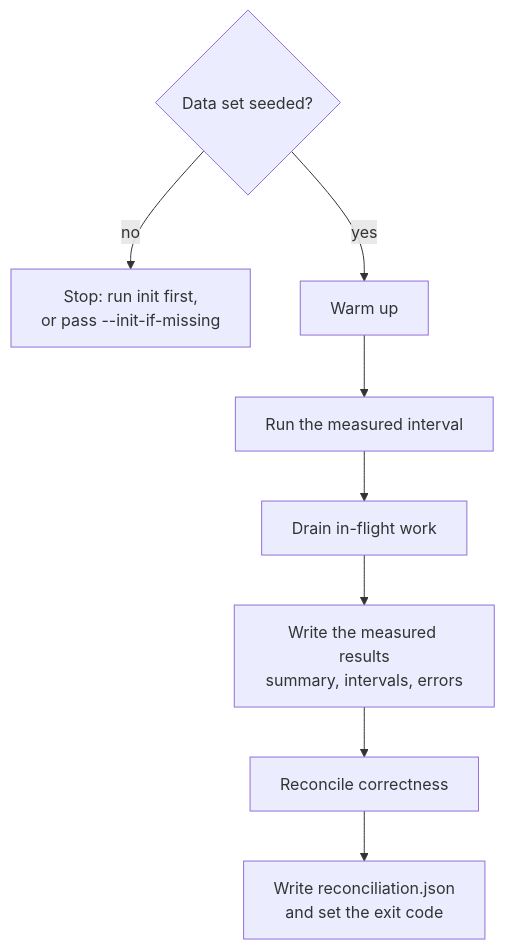
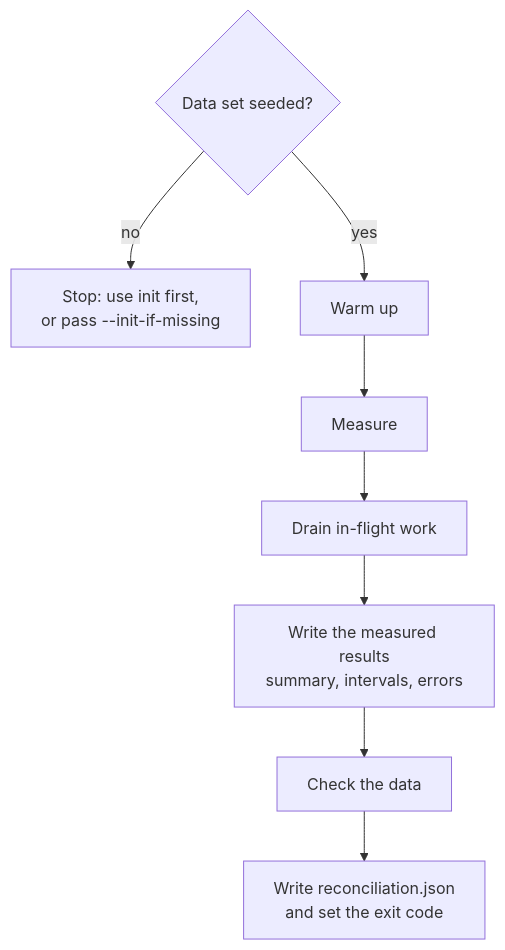
Before and after one commit to camusdb/camusdb.github.io: the diagram in docs/workload-utility.md, drawn with Mermaid. The commit also changed other lines of this file and 216 other files, not shown here.

````diff
--- a/docs/workload-utility.md
+++ b/docs/workload-utility.md
@@ -97,10 +100,10 @@
 ```mermaid
 flowchart TD
-    V{Data set seeded?} -->|no| X["Stop: run init first,<br/>or pass --init-if-missing"]
+    V{Data set seeded?} -->|no| X["Stop: use init first,<br/>or pass --init-if-missing"]
     V -->|yes| W[Warm up]
-    W --> M[Run the measured interval]
+    W --> M[Measure]
     M --> D[Drain in-flight work]
     D --> R["Write the measured results<br/>summary, intervals, errors"]
-    R --> C[Reconcile correctness]
+    R --> C[Check the data]
     C --> J["Write reconciliation.json<br/>and set the exit code"]
 ```
````
